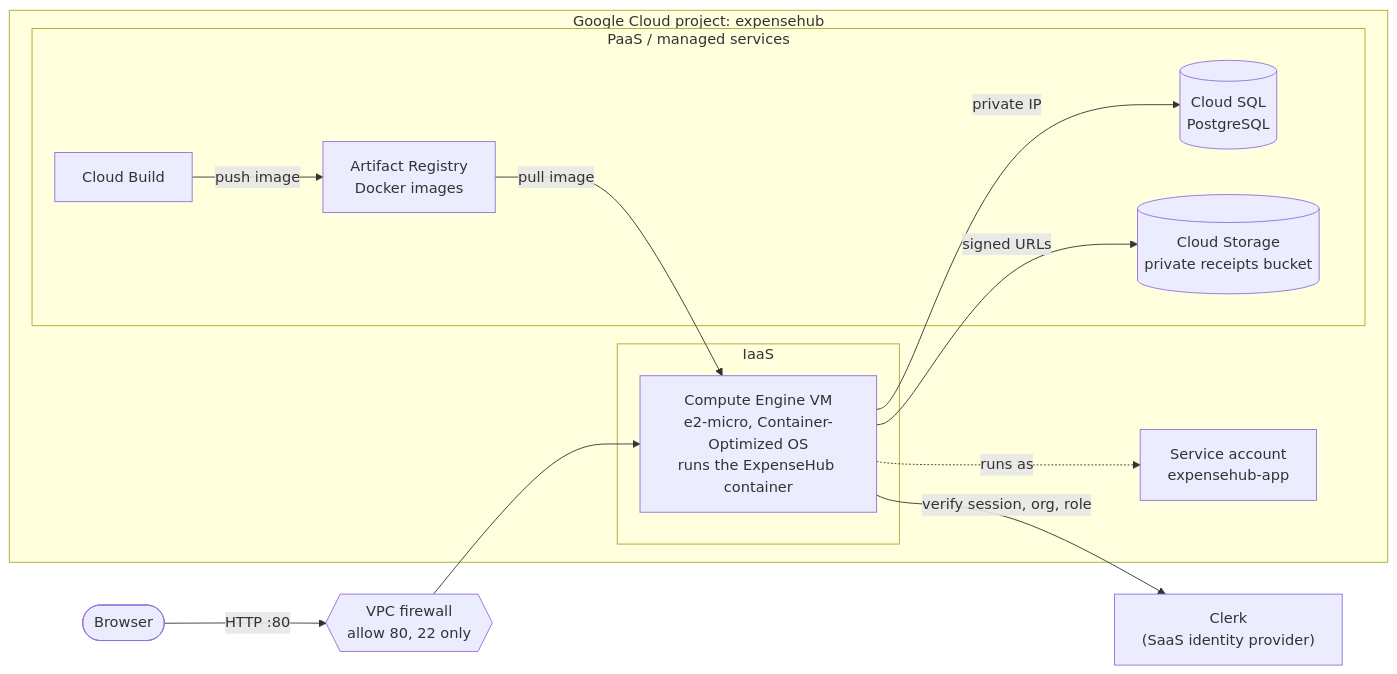
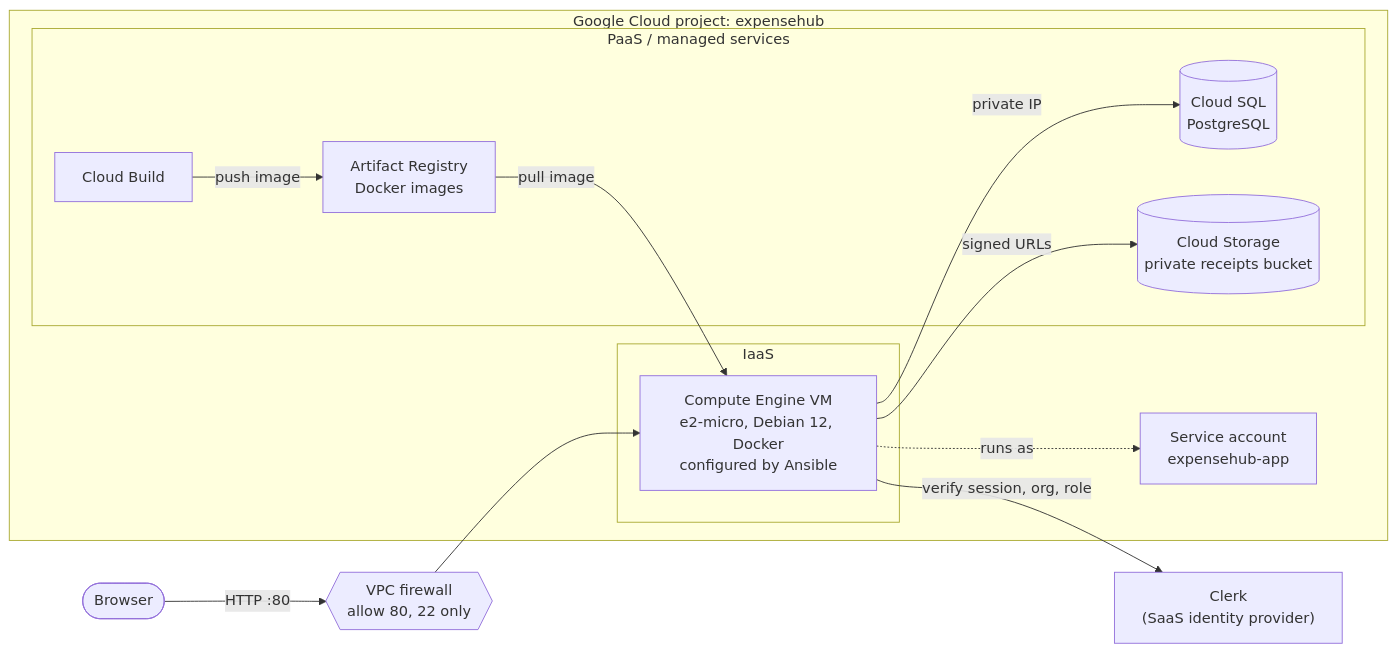
The first of 2 diagrams in docs/architecture.md (kalyani8063/ExpenseHub-multitenant-expense-tracker), drawn with Mermaid before and after one commit. The commit also changed other lines of this file and 12 other files, not shown here.

First line of the commit message:
feat: add Docker Compose stack and Ansible deployment

````diff
--- a/docs/architecture.md
+++ b/docs/architecture.md
@@ -14,27 +14,27 @@
 ```mermaid
 flowchart LR
     user([Browser]) -->|HTTP :80| fw{{VPC firewall<br/>allow 80, 22 only}}
     fw --> vm
 
     subgraph gcp [Google Cloud project: expensehub]
         subgraph iaas [IaaS]
-            vm["Compute Engine VM<br/>e2-micro, Container-Optimized OS<br/>runs the ExpenseHub container"]
+            vm["Compute Engine VM<br/>e2-micro, Debian 12, Docker<br/>configured by Ansible"]
         end
         subgraph paas [PaaS / managed services]
             sql[("Cloud SQL<br/>PostgreSQL")]
             gcs[("Cloud Storage<br/>private receipts bucket")]
             ar["Artifact Registry<br/>Docker images"]
             cb["Cloud Build"]
         end
         sa["Service account<br/>expensehub-app"]
     end
 
     clerk["Clerk<br/>(SaaS identity provider)"]
 
     vm -->|private IP| sql
     vm -->|signed URLs| gcs
     vm -. runs as .-> sa
     cb -->|push image| ar
     ar -->|pull image| vm
     vm -->|verify session, org, role| clerk
 ```
````
